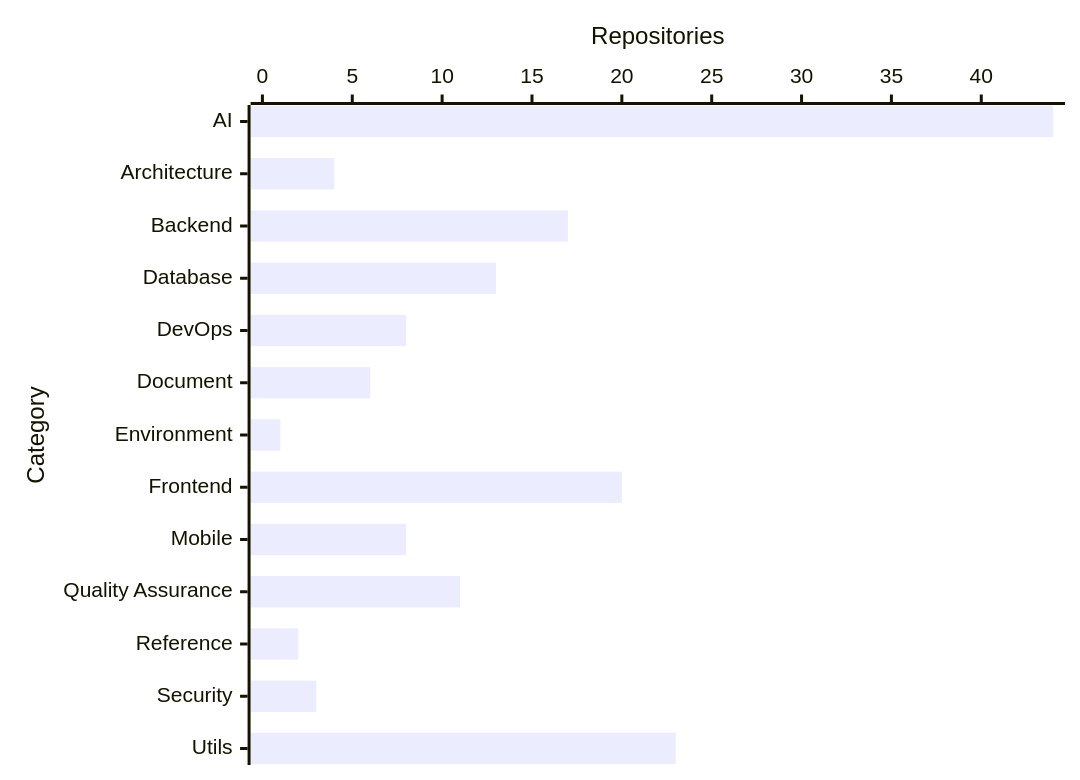
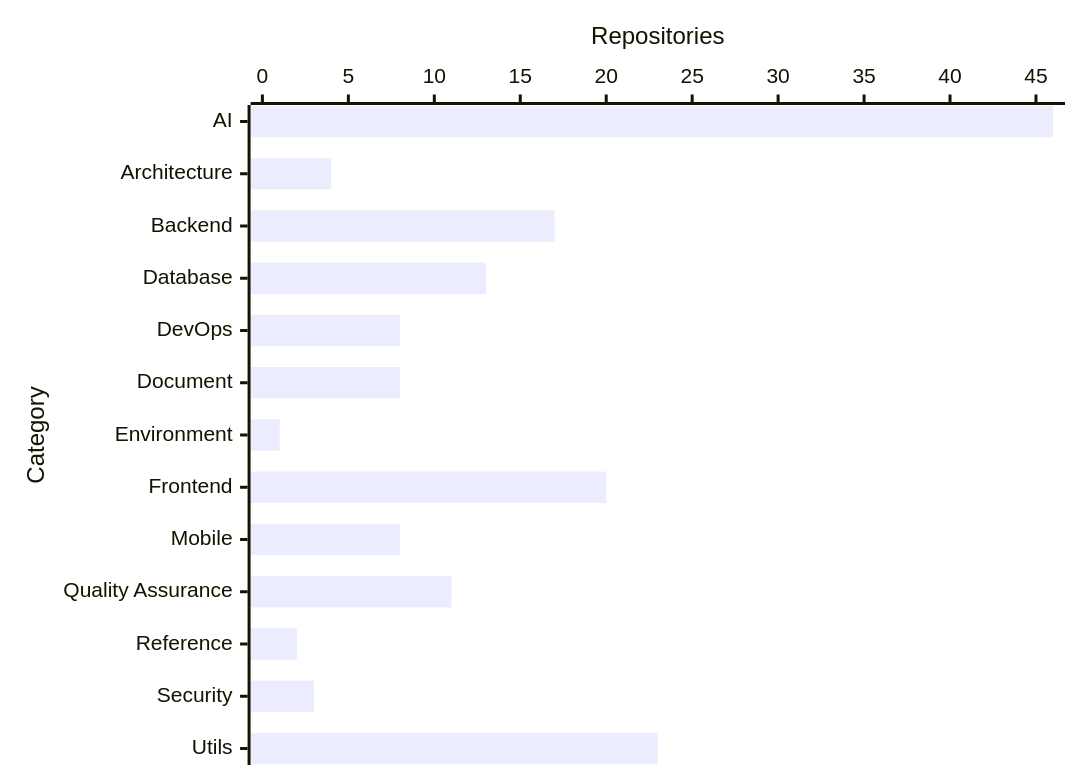
Before and after one commit to prawee/resource: the diagram in README.md, drawn with Mermaid. The commit also changed other lines of this file, not shown here.

````diff
--- a/README.md
+++ b/README.md
@@ -11,6 +11,6 @@
 ```mermaid
 xychart-beta horizontal
     x-axis "Category" ["AI", "Architecture", "Backend", "Database", "DevOps", "Document", "Environment", "Frontend", "Mobile", "Quality Assurance", "Reference", "Security", "Utils"]
-    y-axis "Repositories" 0 --> 44
-    bar [44, 4, 17, 13, 8, 6, 1, 20, 8, 11, 2, 3, 23]
+    y-axis "Repositories" 0 --> 46
+    bar [46, 4, 17, 13, 8, 8, 1, 20, 8, 11, 2, 3, 23]
 ```
````
